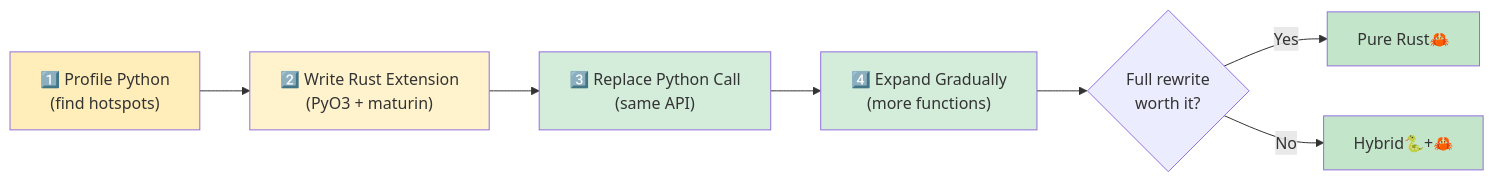
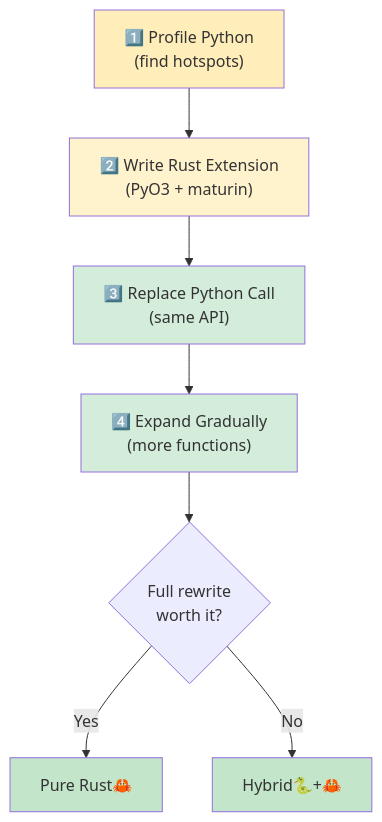
One commit to ruhankhandakar/rust-learning-microsoft changed the diagram in content/python-book/ch15-migration-patterns.md. Above: the diagram before and after it, drawn with Mermaid. The commit also changed 18 other files, not shown here.

````diff
--- a/content/python-book/ch15-migration-patterns.md
+++ b/content/python-book/ch15-migration-patterns.md
@@ -253,15 +253,15 @@
 ```mermaid
-flowchart LR
+flowchart TB
     A["1️⃣ Profile Python<br/>(find hotspots)"] --> B["2️⃣ Write Rust Extension<br/>(PyO3 + maturin)"]
     B --> C["3️⃣ Replace Python Call<br/>(same API)"]
     C --> D["4️⃣ Expand Gradually<br/>(more functions)"]
     D --> E{"Full rewrite<br/>worth it?"}
     E -->|Yes| F["Pure Rust🦀"]
     E -->|No| G["Hybrid🐍+🦀"]
     style A fill:#ffeeba
     style B fill:#fff3cd
     style C fill:#d4edda
     style D fill:#d4edda
     style F fill:#c3e6cb
     style G fill:#c3e6cb
 ```
````
